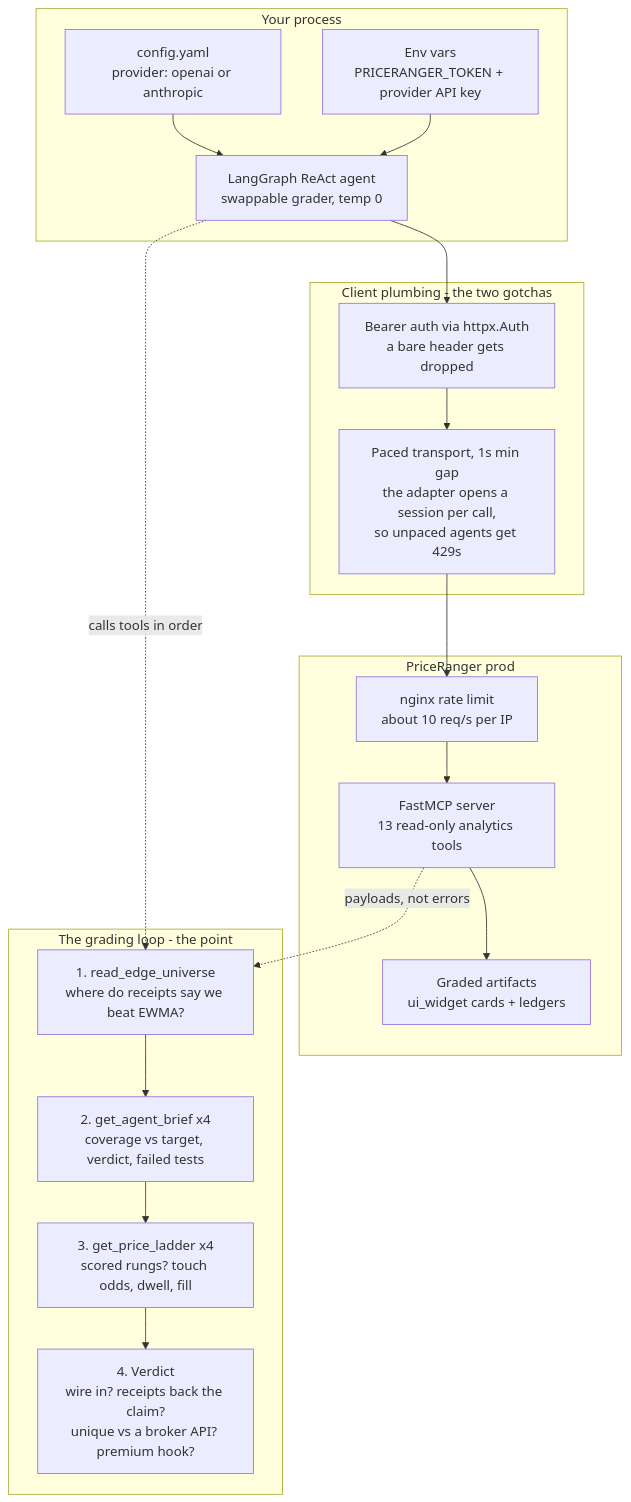
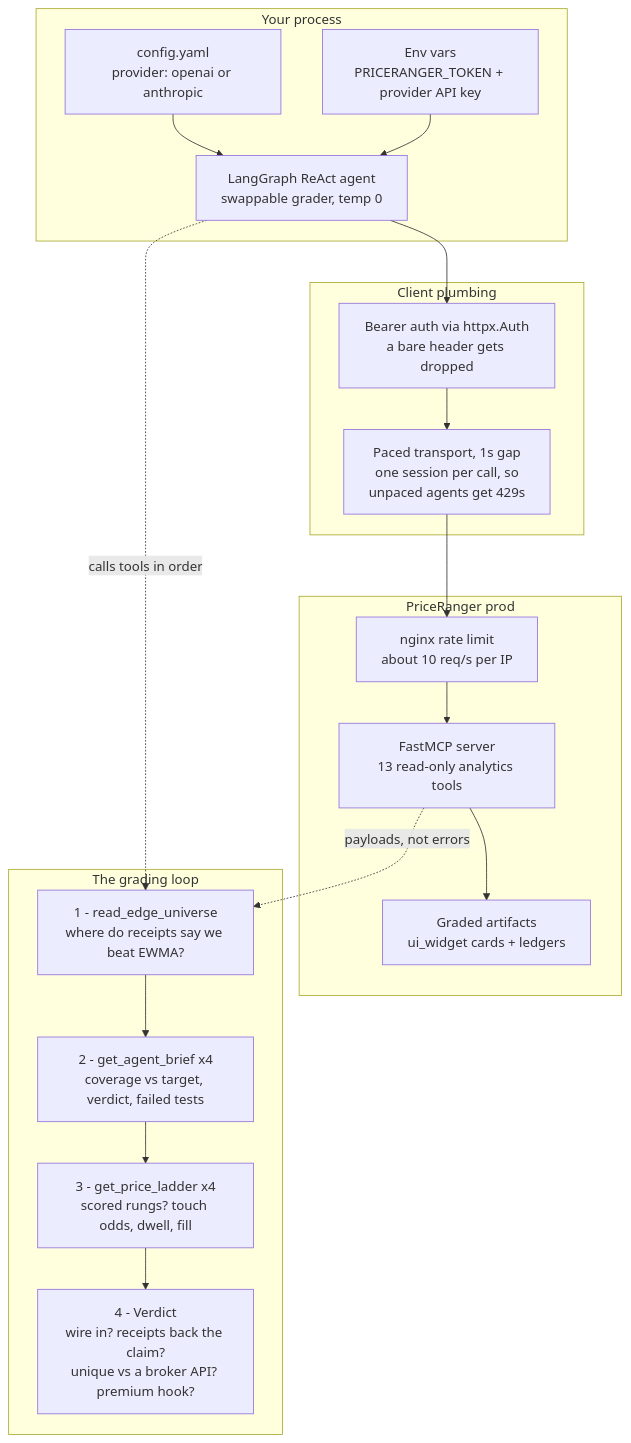
Before and after one commit to quant-exchange/PriceRangerMCP: the diagram in README.md, drawn with Mermaid. The commit also changed other lines of this file, not shown here.

````diff
--- a/README.md
+++ b/README.md
@@ -40,34 +48,36 @@
 ```mermaid
 flowchart TD
     subgraph YOU["Your process"]
         CFG["config.yaml<br/>provider: openai or anthropic"]
         ENV["Env vars<br/>PRICERANGER_TOKEN + provider API key"]
         AGENT["LangGraph ReAct agent<br/>swappable grader, temp 0"]
         CFG --> AGENT
         ENV --> AGENT
     end
 
-    subgraph PLUMB["Client plumbing - the two gotchas"]
+    subgraph PLUMB["Client plumbing"]
         AUTH["Bearer auth via httpx.Auth<br/>a bare header gets dropped"]
-        PACED["Paced transport, 1s min gap<br/>the adapter opens a session per call,<br/>so unpaced agents get 429s"]
+        PACED["Paced transport, 1s gap<br/>one session per call, so<br/>unpaced agents get 429s"]
+        AUTH --> PACED
     end
 
     subgraph PR["PriceRanger prod"]
         NGINX["nginx rate limit<br/>about 10 req/s per IP"]
         MCP["FastMCP server<br/>13 read-only analytics tools"]
         CARDS["Graded artifacts<br/>ui_widget cards + ledgers"]
         NGINX --> MCP --> CARDS
     end
 
-    subgraph LOOP["The grading loop - the point"]
-        S1["1. read_edge_universe<br/>where do receipts say we beat EWMA?"]
-        S2["2. get_agent_brief x4<br/>coverage vs target, verdict, failed tests"]
-        S3["3. get_price_ladder x4<br/>scored rungs? touch odds, dwell, fill"]
-        S4["4. Verdict<br/>wire in? receipts back the claim?<br/>unique vs a broker API? premium hook?"]
+    subgraph LOOP["The grading loop"]
+        S1["1 - read_edge_universe<br/>where do receipts say we beat EWMA?"]
+        S2["2 - get_agent_brief x4<br/>coverage vs target, verdict, failed tests"]
+        S3["3 - get_price_ladder x4<br/>scored rungs? touch odds, dwell, fill"]
+        S4["4 - Verdict<br/>wire in? receipts back the claim?<br/>unique vs a broker API? premium hook?"]
         S1 --> S2 --> S3 --> S4
     end
 
-    AGENT --> AUTH --> PACED --> NGINX
+    AGENT --> AUTH
+    PACED --> NGINX
     AGENT -.->|"calls tools in order"| S1
     MCP -.->|"payloads, not errors"| S1
 ```
````
